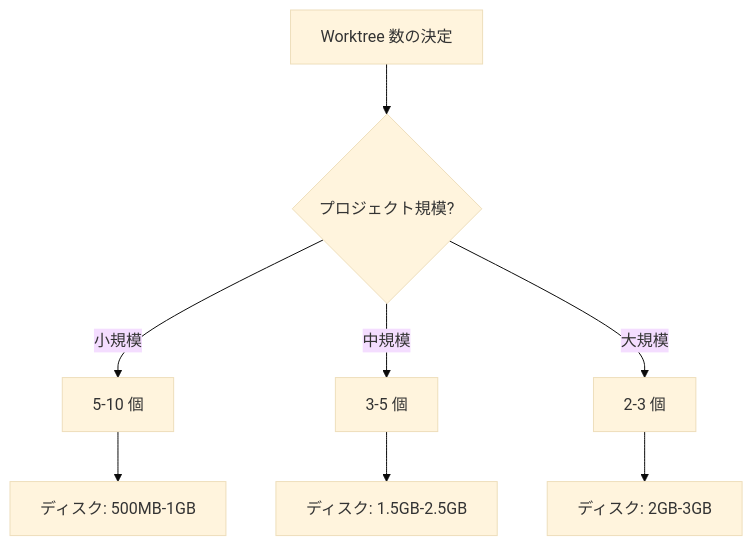
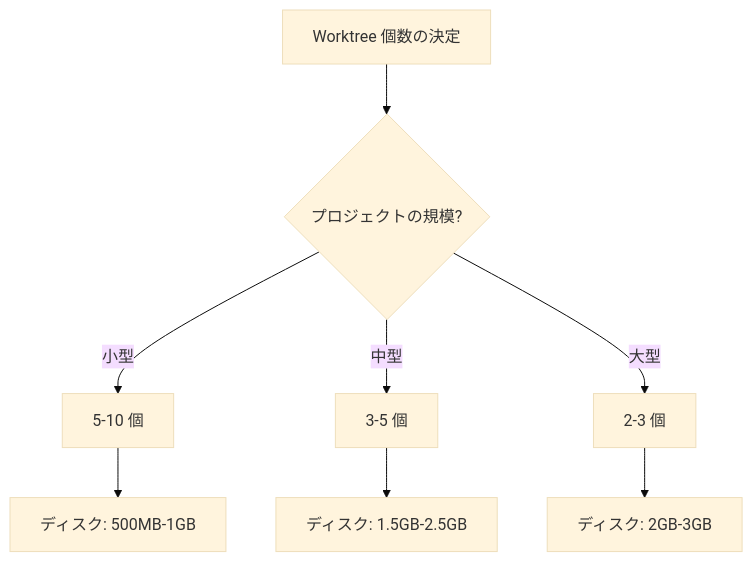
Before and after one commit to modu-ai/moai-adk: the eighth of 9 diagrams in docs-site/content/ja/worktree/faq.md, drawn with Mermaid (base theme). The commit also changed other lines of this file and 180 other files, not shown here.

````diff
--- a/docs-site/content/ja/worktree/faq.md
+++ b/docs-site/content/ja/worktree/faq.md
@@ -454,11 +442,11 @@
 ```mermaid
 graph TD
-    A[Worktree 数の決定] --> B{プロジェクト規模?}
-    B -->|小規模| C[5-10 個]
-    B -->|中規模| D[3-5 個]
-    B -->|大規模| E[2-3 個]
+    A[Worktree 個数の決定] --> B{プロジェクトの規模?}
+    B -->|小型| C[5-10 個]
+    B -->|中型| D[3-5 個]
+    B -->|大型| E[2-3 個]
 
     C --> F[ディスク: 500MB-1GB]
     D --> G[ディスク: 1.5GB-2.5GB]
     E --> H[ディスク: 2GB-3GB]
 ```
````
